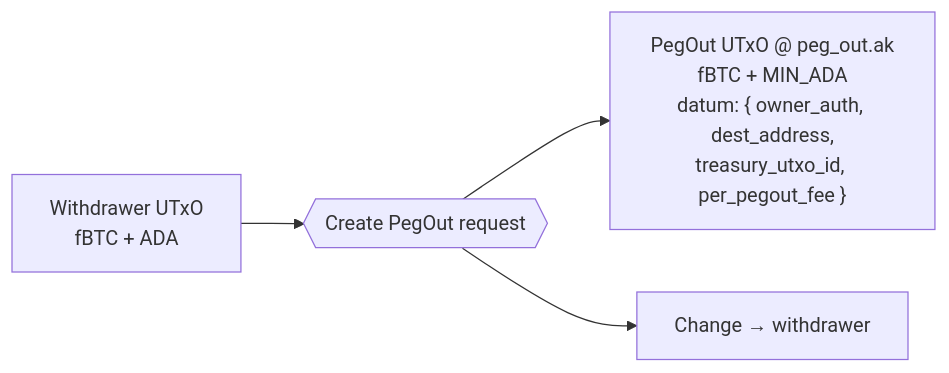
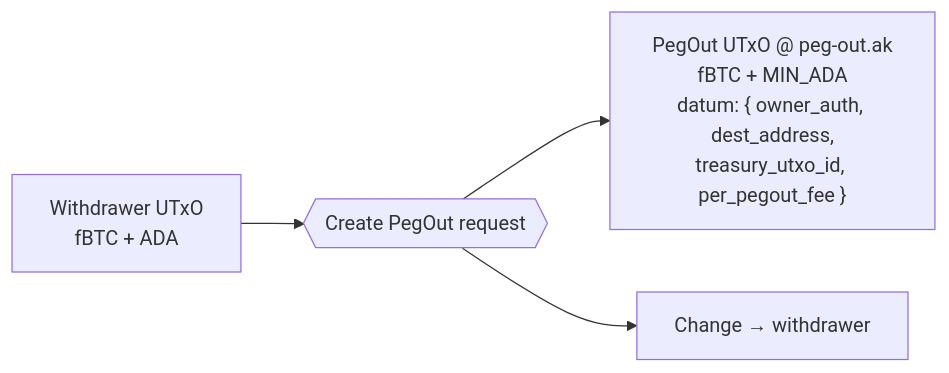
Diagram 11 of 19 in documentation/technical_documentation.md (rssh/ft-bifrost-bridge), drawn with Mermaid before and after one commit. The commit also changed other lines of this file and 2 other files, not shown here.

First line of the commit message:
docs(spec): terminology pass per spec writing rules

````diff
--- a/documentation/technical_documentation.md
+++ b/documentation/technical_documentation.md
@@ -1447,6 +1448,6 @@
 ```mermaid
 flowchart LR
   wdraw["Withdrawer UTxO<br/>fBTC + ADA"] --> tx{{"Create PegOut request"}}
-  tx --> pout["PegOut UTxO @ peg_out.ak<br/>fBTC + MIN_ADA<br/>datum: { owner_auth, dest_address,<br/>treasury_utxo_id, per_pegout_fee }"]
+  tx --> pout["PegOut UTxO @ peg-out.ak<br/>fBTC + MIN_ADA<br/>datum: { owner_auth, dest_address,<br/>treasury_utxo_id, per_pegout_fee }"]
   tx --> change["Change → withdrawer"]
 ```
````
